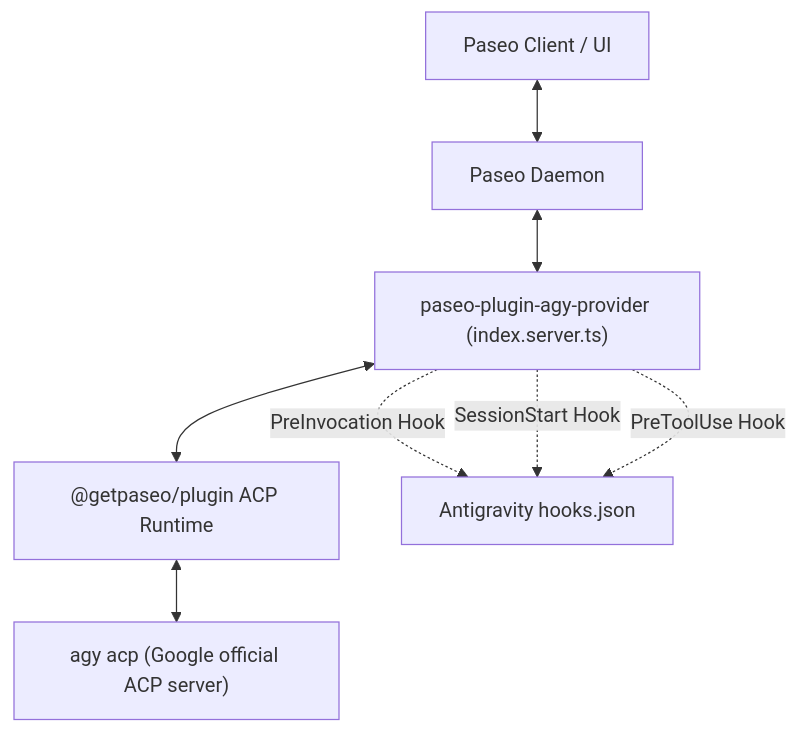
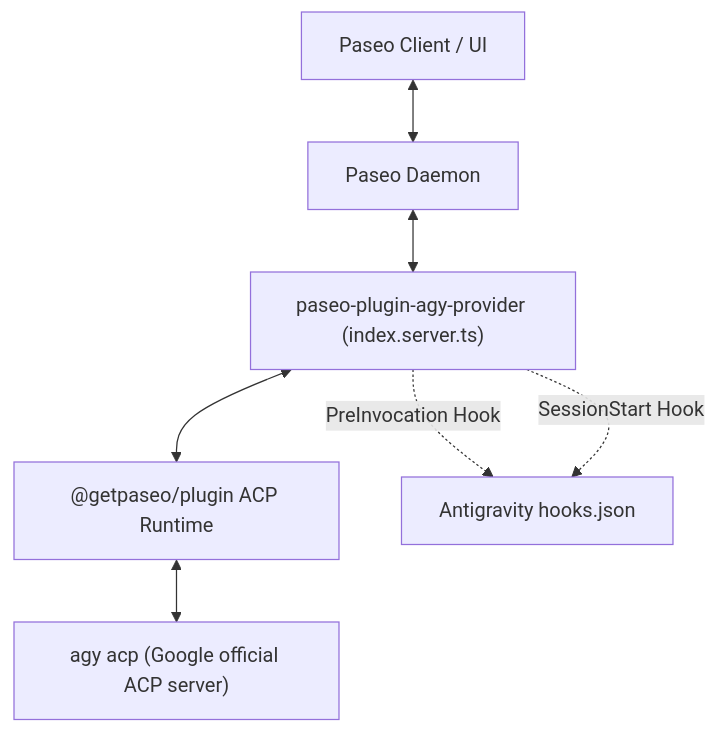
The diagram in DESIGN.md (dszakallas/paseo-plugin-agy-provider), drawn with Mermaid before and after one commit. The commit also changed other lines of this file and 8 other files, not shown here.

````diff
--- a/DESIGN.md
+++ b/DESIGN.md
@@ -9,10 +9,9 @@
 ```mermaid
 flowchart TD
     PaseoClient["Paseo Client / UI"] <--> PaseoDaemon["Paseo Daemon"]
     PaseoDaemon <--> Plugin["paseo-plugin-agy-provider (index.server.ts)"]
     Plugin <--> AcpRuntime["@getpaseo/plugin ACP Runtime"]
     AcpRuntime <--> AgyAcpServer["agy acp (Google official ACP server)"]
     Plugin -.->|PreInvocation Hook| AgyHooks["Antigravity hooks.json"]
     Plugin -.->|SessionStart Hook| AgyHooks
-    Plugin -.->|PreToolUse Hook| AgyHooks
 ```
````
